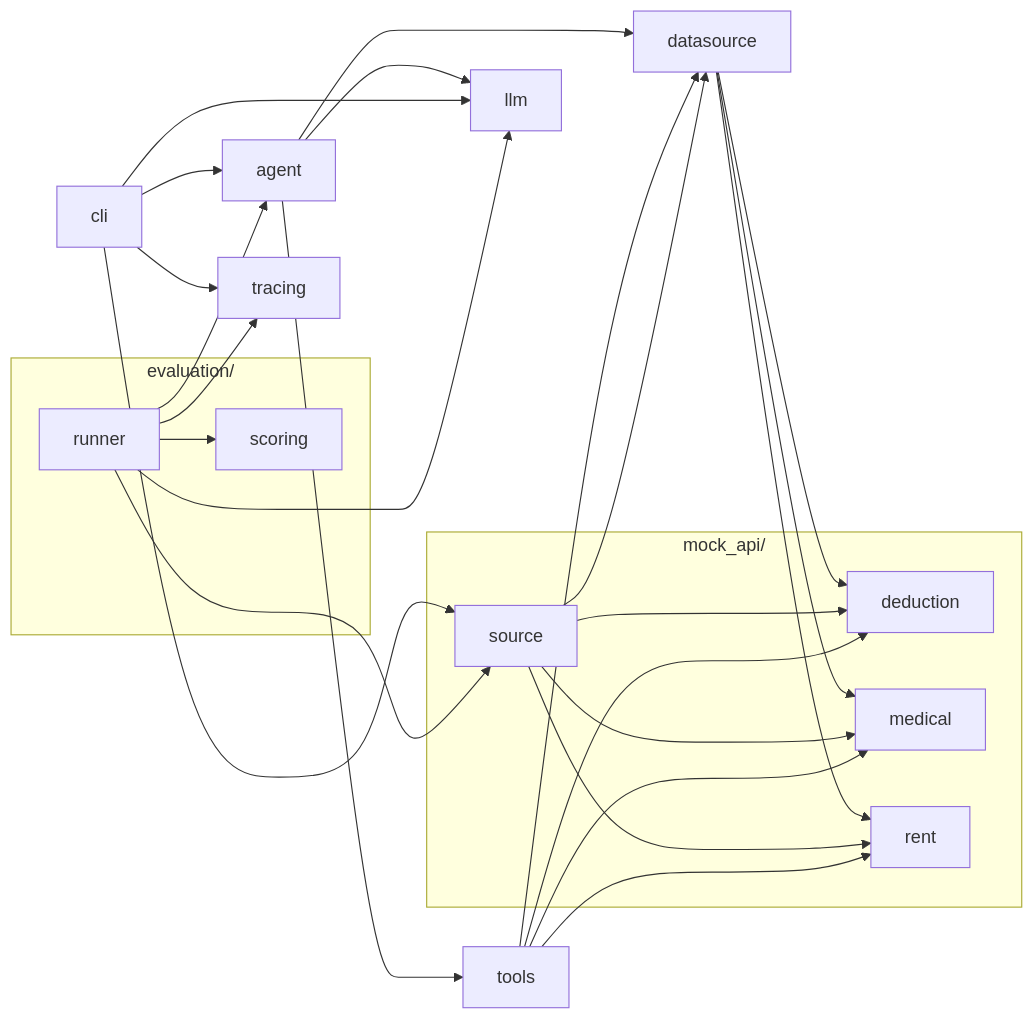
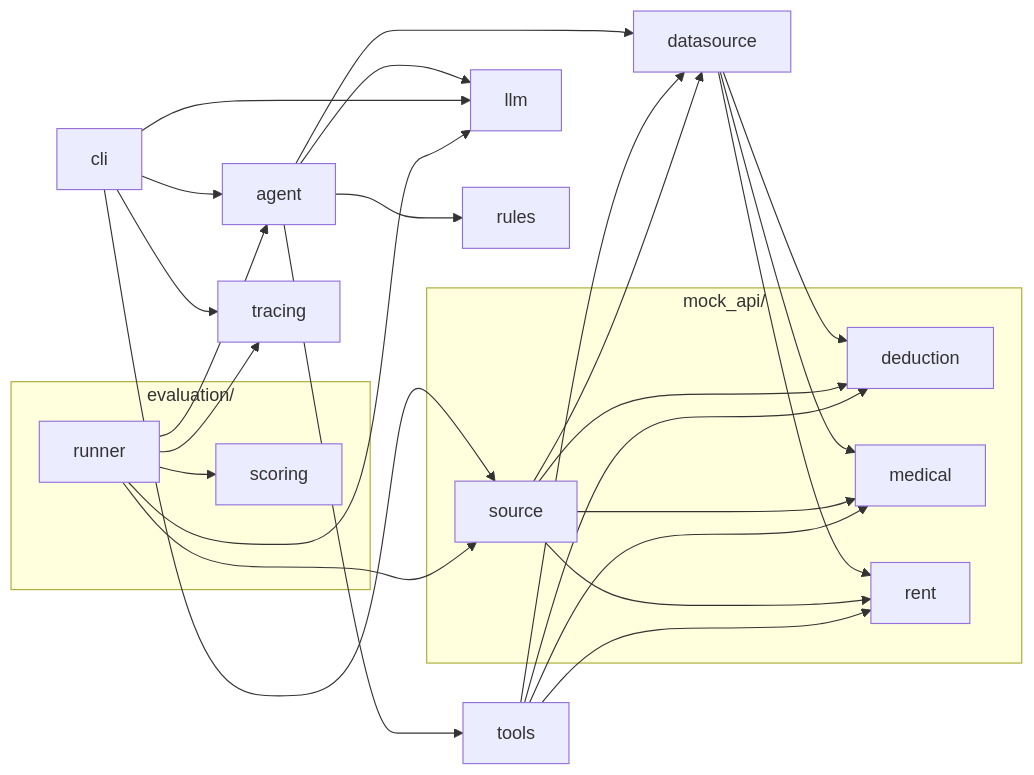
One commit to jooniorp/tax-agent-eval changed the first of 2 diagrams in docs/architecture.md. Above: the diagram before and after it, drawn with Mermaid. The commit also changed other lines of this file and 3 other files, not shown here.

````diff
--- a/docs/architecture.md
+++ b/docs/architecture.md
@@ -24,42 +24,44 @@
 ```mermaid
 graph LR
   tax_agent_agent["agent"]
   tax_agent_cli["cli"]
   tax_agent_datasource["datasource"]
   tax_agent_llm["llm"]
+  tax_agent_rules["rules"]
   tax_agent_tools["tools"]
   tax_agent_tracing["tracing"]
   subgraph pkg_evaluation["evaluation/"]
     tax_agent_evaluation_runner["runner"]
     tax_agent_evaluation_scoring["scoring"]
   end
   subgraph pkg_mock_api["mock_api/"]
     tax_agent_mock_api_deduction["deduction"]
     tax_agent_mock_api_medical["medical"]
     tax_agent_mock_api_rent["rent"]
     tax_agent_mock_api_source["source"]
   end
   tax_agent_agent --> tax_agent_datasource
   tax_agent_agent --> tax_agent_llm
+  tax_agent_agent --> tax_agent_rules
   tax_agent_agent --> tax_agent_tools
   tax_agent_cli --> tax_agent_agent
   tax_agent_cli --> tax_agent_llm
   tax_agent_cli --> tax_agent_mock_api_source
   tax_agent_cli --> tax_agent_tracing
   tax_agent_datasource --> tax_agent_mock_api_deduction
   tax_agent_datasource --> tax_agent_mock_api_medical
   tax_agent_datasource --> tax_agent_mock_api_rent
   tax_agent_evaluation_runner --> tax_agent_agent
   tax_agent_evaluation_runner --> tax_agent_evaluation_scoring
   tax_agent_evaluation_runner --> tax_agent_llm
   tax_agent_evaluation_runner --> tax_agent_mock_api_source
   tax_agent_evaluation_runner --> tax_agent_tracing
   tax_agent_mock_api_source --> tax_agent_datasource
   tax_agent_mock_api_source --> tax_agent_mock_api_deduction
   tax_agent_mock_api_source --> tax_agent_mock_api_medical
   tax_agent_mock_api_source --> tax_agent_mock_api_rent
   tax_agent_tools --> tax_agent_datasource
   tax_agent_tools --> tax_agent_mock_api_deduction
   tax_agent_tools --> tax_agent_mock_api_medical
   tax_agent_tools --> tax_agent_mock_api_rent
 ```
````
